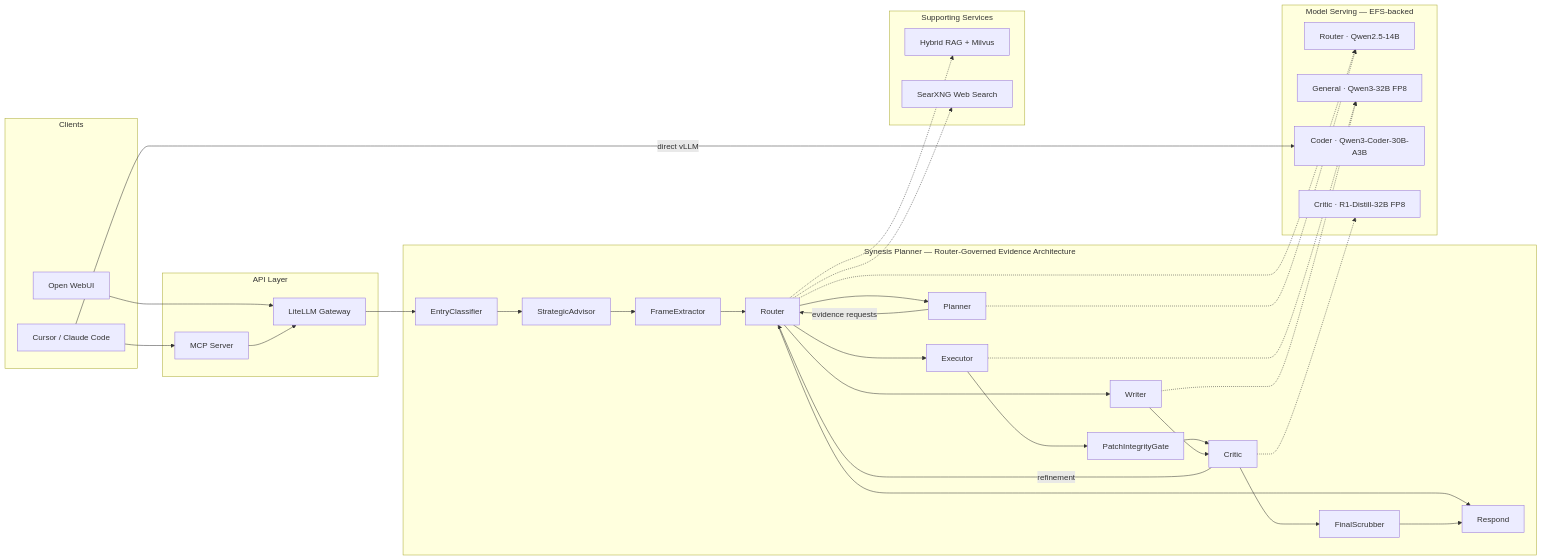
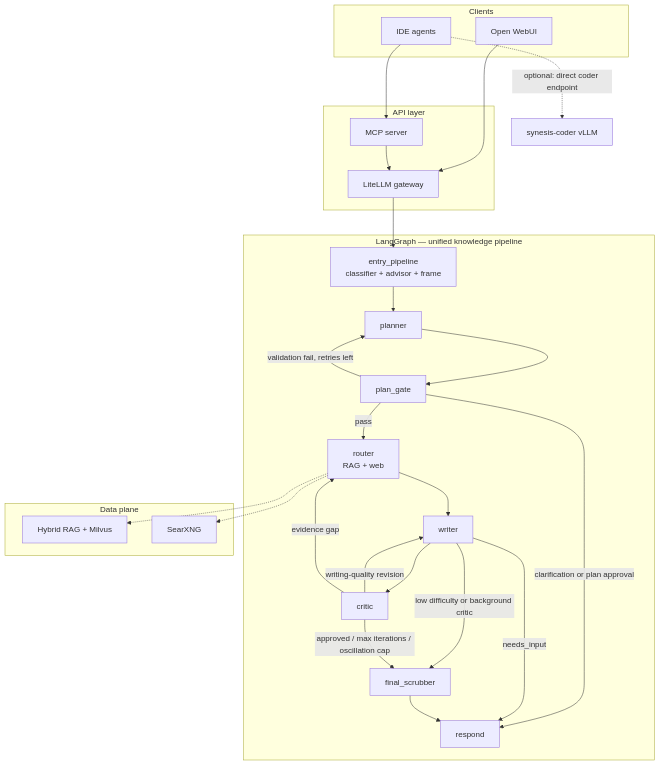
One commit to supernovae/synesis changed the diagram in README.md. Above: the diagram before and after it, drawn with Mermaid. The commit also changed other lines of this file and 2 other files, not shown here.

Commit message:
docs: align README/WORKFLOW with graph, retries, LiteLLM cache tokens
- README architecture mermaid: planner-first unified graph (plan_gate, router,
  critic loops, clarification/needs_input to respond); remove obsolete executor path
- WORKFLOW: eight graph nodes, expanded mermaid (gate retries, clarify/approve,
  critic branches), fix entry routing for planner_clarification resume,
  streaming split (direct stream vs full graph), Postgres tracer storage
- Document LiteLLM spend logs vs Synesis traces: cached_tokens may appear in
  LiteLLM usage when providers send them; traces store aggregate tokens only today
- Cross-links: PLANNER_PREFIX_KV_CACHE, CONVERSATION_MEMORY, taxonomy counts

Made-with: Cursor

````diff
--- a/README.md
+++ b/README.md
@@ -41,65 +41,49 @@
 ```mermaid
-flowchart LR
+flowchart TD
     subgraph clients [Clients]
         WebUI[Open WebUI]
-        IDE[Cursor / Claude Code]
+        IDE[IDE agents]
     end
 
-    subgraph gateway [API Layer]
-        LiteLLM[LiteLLM Gateway]
-        MCPSrv[MCP Server]
+    subgraph gateway [API layer]
+        LiteLLM[LiteLLM gateway]
+        MCP[MCP server]
     end
 
-    subgraph pipeline [Synesis Planner — Router-Governed Evidence Architecture]
-        Entry[EntryClassifier]
-        Advisor[StrategicAdvisor]
-        FrameExtractor[FrameExtractor]
-        Router[Router]
-        PlannerNode[Planner]
-        Executor[Executor]
-        Writer[Writer]
-        PatchIntegrityGate[PatchIntegrityGate]
-        CriticNode[Critic]
-        FinalScrubber[FinalScrubber]
-        RespondNode[Respond]
+    subgraph graph [LangGraph — unified knowledge pipeline]
+        EP[entry_pipeline\nclassifier + advisor + frame]
+        PL[planner]
+        PG[plan_gate]
+        RT[router\nRAG + web]
+        WR[writer]
+        CR[critic]
+        FS[final_scrubber]
+        RS[respond]
     end
 
-    subgraph models [Model Serving — EFS-backed]
-        RouterLLM["Router · Qwen2.5-14B"]
-        GeneralLLM["General · Qwen3-32B FP8"]
-        CoderLLM["Coder · Qwen3-Coder-30B-A3B"]
-        CriticLLM["Critic · R1-Distill-32B FP8"]
-    end
-
-    subgraph support [Supporting Services]
-        RAGSvc[Hybrid RAG + Milvus]
-        SearchSvc[SearXNG Web Search]
+    subgraph support [Data plane]
+        RAG[Hybrid RAG + Milvus]
+        WEB[SearXNG]
     end
 
     WebUI --> LiteLLM
-    IDE -->|direct vLLM| CoderLLM
-    IDE --> MCPSrv
-    MCPSrv --> LiteLLM
-    LiteLLM --> Entry
-    Entry --> Advisor
-    Advisor --> FrameExtractor
-    FrameExtractor --> Router
-    Router --> PlannerNode
-    Router --> Executor
-    Router --> Writer
-    Router --> RespondNode
-    PlannerNode -->|evidence requests| Router
-    Executor --> PatchIntegrityGate
-    PatchIntegrityGate --> CriticNode
-    Writer --> CriticNode
-    CriticNode -->|refinement| Router
-    CriticNode --> FinalScrubber
-    FinalScrubber --> RespondNode
-    Router -.-> RAGSvc
-    Router -.-> SearchSvc
-    Router -.-> RouterLLM
-    PlannerNode -.-> RouterLLM
-    Executor -.-> GeneralLLM
-    Writer -.-> GeneralLLM
-    CriticNode -.-> CriticLLM
+    IDE --> MCP
+    IDE -.->|optional: direct coder endpoint| CoderEP[synesis-coder vLLM]
+    MCP --> LiteLLM
+    LiteLLM --> EP
+    EP --> PL --> PG
+    PG -->|validation fail, retries left| PL
+    PG -->|clarification or plan approval| RS
+    PG -->|pass| RT
+    RT --> WR
+    WR -->|needs_input| RS
+    WR -->|low difficulty or background critic| FS
+    WR --> CR
+    CR -->|writing-quality revision| WR
+    CR -->|evidence gap| RT
+    CR -->|approved / max iterations / oscillation cap| FS
+    FS --> RS
+
+    RT -.-> RAG
+    RT -.-> WEB
 ```
````
